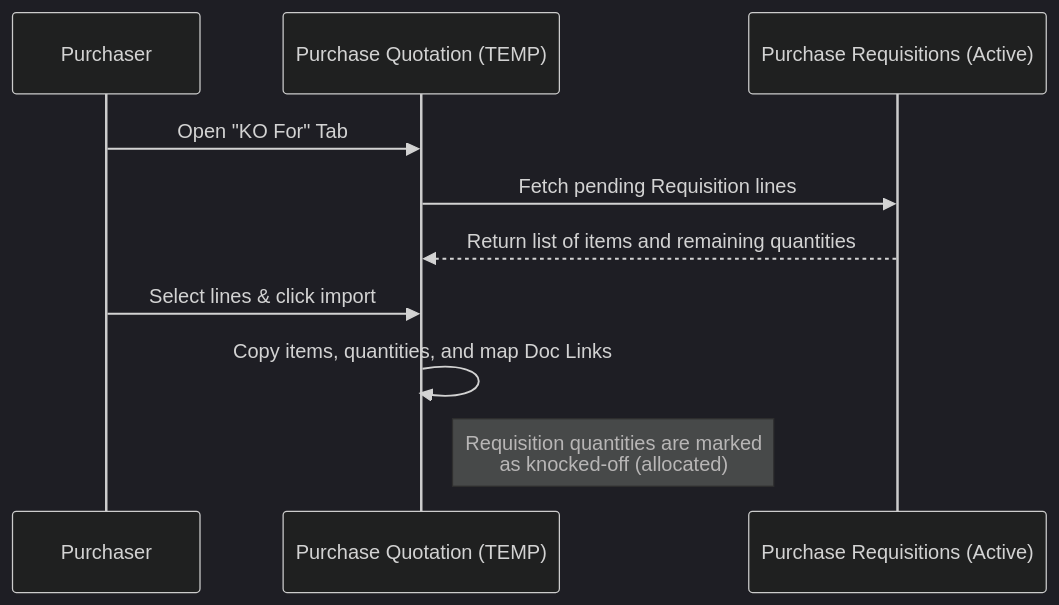
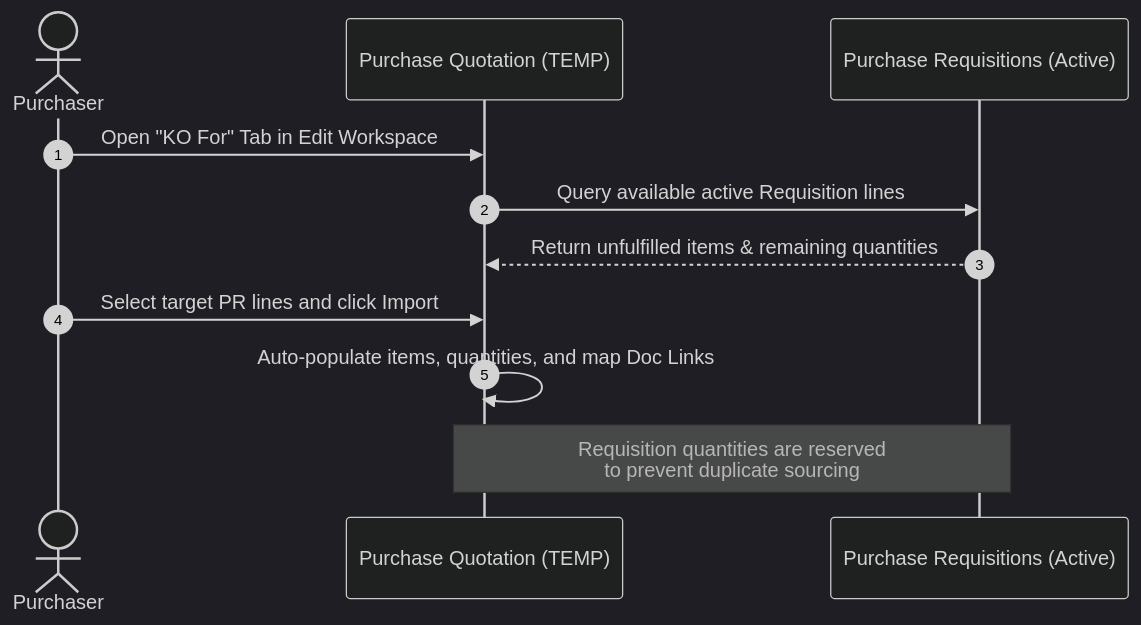
Before and after one commit to bigledger/blg-wiki: the second of 2 diagrams in content/en/applets/purchase-workflow/internal-purchase-quotation-applet.md, drawn with Mermaid (dark theme). The commit also changed other lines of this file and 1 other file, not shown here.

````diff
--- a/content/en/applets/purchase-workflow/internal-purchase-quotation-applet.md
+++ b/content/en/applets/purchase-workflow/internal-purchase-quotation-applet.md
@@ -249,13 +223,14 @@
 ```mermaid
 sequenceDiagram
-    participant P as Purchaser
+    autonumber
+    actor P as Purchaser
     participant PQ as Purchase Quotation (TEMP)
     participant PR as Purchase Requisitions (Active)
     
-    P->>PQ: Open "KO For" Tab
-    PQ->>PR: Fetch pending Requisition lines
-    PR-->>PQ: Return list of items and remaining quantities
-    P->>PQ: Select lines & click import
-    PQ->>PQ: Copy items, quantities, and map Doc Links
-    Note right of PQ: Requisition quantities are marked <br> as knocked-off (allocated)
+    P->>PQ: Open "KO For" Tab in Edit Workspace
+    PQ->>PR: Query available active Requisition lines
+    PR-->>PQ: Return unfulfilled items & remaining quantities
+    P->>PQ: Select target PR lines and click Import
+    PQ->>PQ: Auto-populate items, quantities, and map Doc Links
+    Note over PR,PQ: Requisition quantities are reserved<br>to prevent duplicate sourcing
 ```
````
